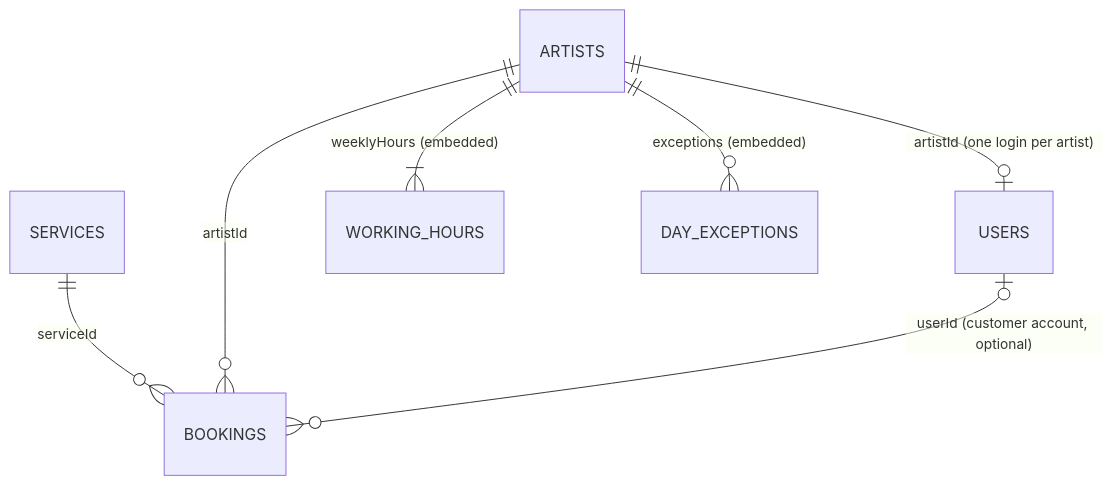
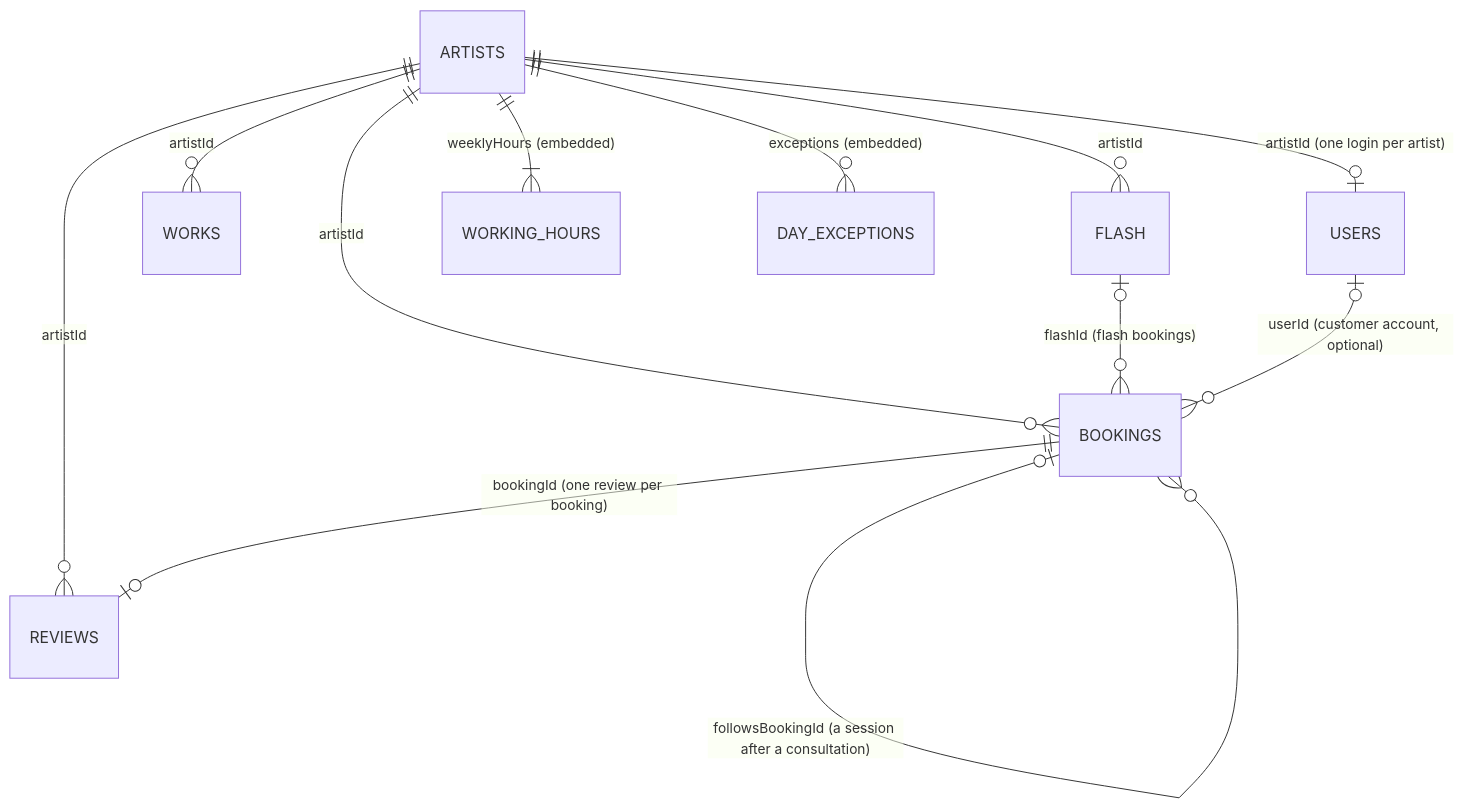
Before and after one commit to BekoBBV/tattooShopApp: the diagram in docs/database.md, drawn with Mermaid. The commit also changed other lines of this file and 200 other files, not shown here.

First line of the commit message:
Phases 3 to 5: booking server, Night ink website, artist and admin area

````diff
--- a/docs/database.md
+++ b/docs/database.md
@@ -8,9 +8,14 @@
 ```mermaid
 erDiagram
-  SERVICES ||--o{ BOOKINGS : "serviceId"
+  ARTISTS ||--o{ FLASH : "artistId"
+  ARTISTS ||--o{ WORKS : "artistId"
   ARTISTS ||--o{ BOOKINGS : "artistId"
+  FLASH |o--o{ BOOKINGS : "flashId (flash bookings)"
+  BOOKINGS |o--o{ BOOKINGS : "followsBookingId (a session after a consultation)"
   USERS |o--o{ BOOKINGS : "userId (customer account, optional)"
   ARTISTS ||--o| USERS : "artistId (one login per artist)"
+  ARTISTS ||--o{ REVIEWS : "artistId"
+  BOOKINGS ||--o| REVIEWS : "bookingId (one review per booking)"
   ARTISTS ||--|{ WORKING_HOURS : "weeklyHours (embedded)"
   ARTISTS ||--o{ DAY_EXCEPTIONS : "exceptions (embedded)"
 ```
````
